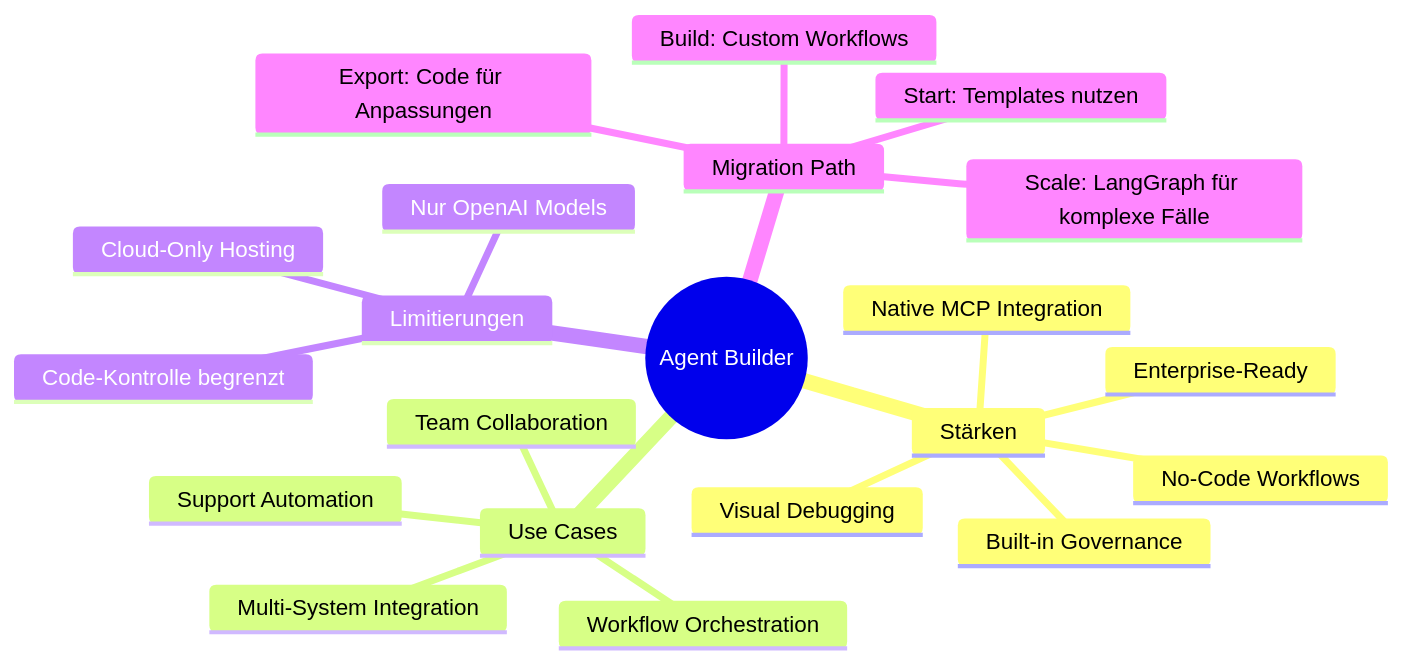
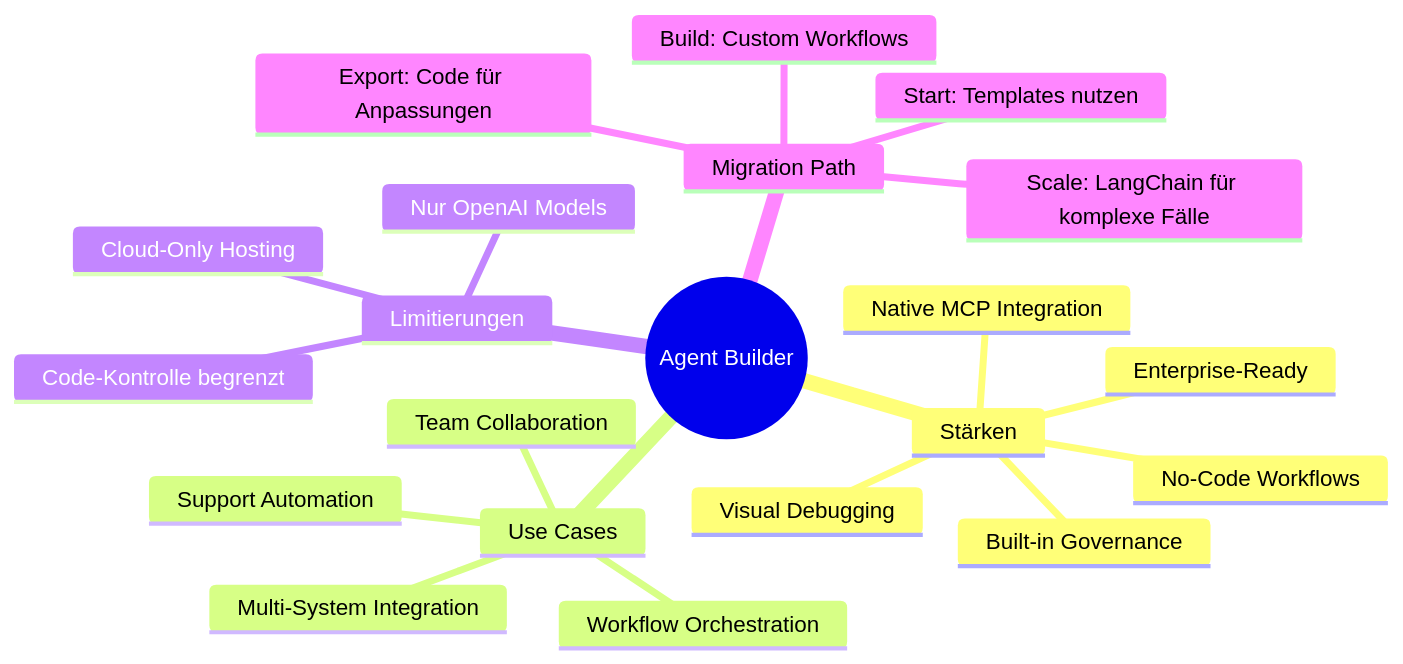
Before and after one commit to ralf-42/GenAI: diagram 20 of 23 in docs/frameworks/Einsteiger_Agent_Builder.md, drawn with Mermaid. The commit also changed other lines of this file and 26 other files, not shown here.

````diff
--- a/docs/frameworks/Einsteiger_Agent_Builder.md
+++ b/docs/frameworks/Einsteiger_Agent_Builder.md
@@ -950,24 +862,24 @@
 ```mermaid
 mindmap
   root((Agent Builder))
     Stärken
       No-Code Workflows
       Native MCP Integration
       Built-in Governance
       Visual Debugging
       Enterprise-Ready
     Use Cases
       Support Automation
       Multi-System Integration
       Workflow Orchestration
       Team Collaboration
     Limitierungen
       Nur OpenAI Models
       Cloud-Only Hosting
       Code-Kontrolle begrenzt
     Migration Path
       Start: Templates nutzen
       Build: Custom Workflows
       Export: Code für Anpassungen
-      Scale: LangGraph für komplexe Fälle
+      Scale: LangChain für komplexe Fälle
 ```
````
